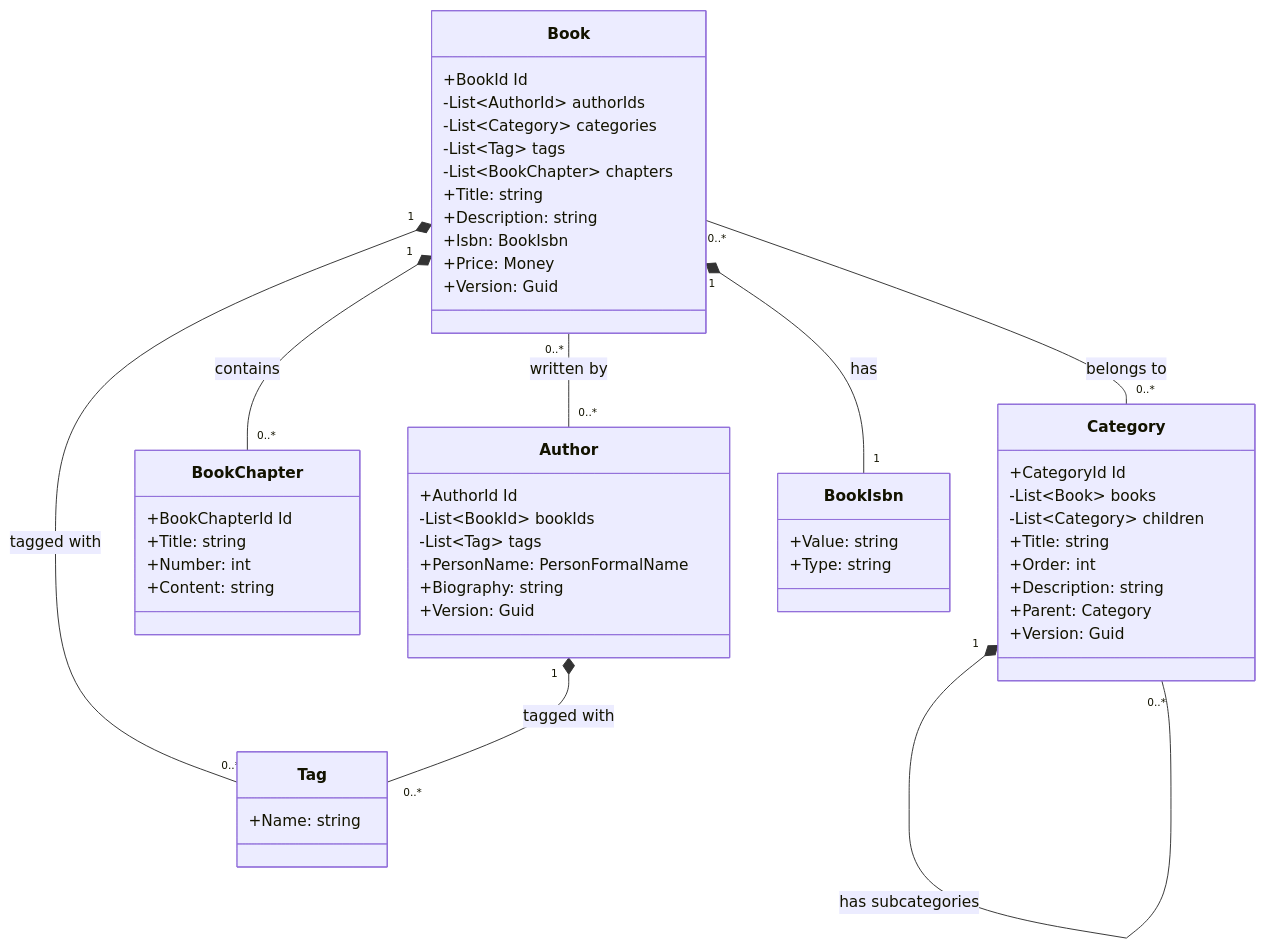
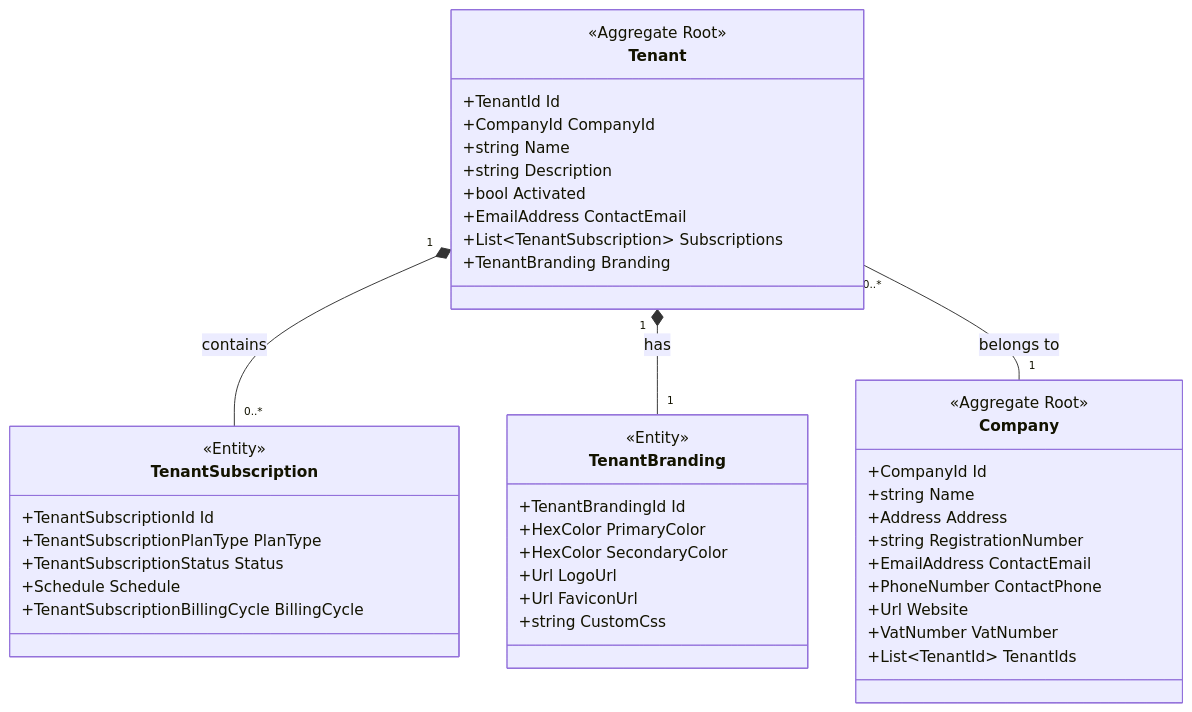
One commit to BridgingIT-GmbH/bITdevKit.Examples.BookFiesta changed the diagram in src/Modules/Organization/Organization-README.md. Above: the diagram before and after it, drawn with Mermaid. The commit also changed other lines of this file and 84 other files, not shown here.

````diff
--- a/src/Modules/Organization/Organization-README.md
+++ b/src/Modules/Organization/Organization-README.md
@@ -16,59 +11,50 @@
 ```mermaid
 classDiagram
-    class Book {
-        +BookId Id
-        -List~AuthorId~ authorIds
-        -List~Category~ categories
-        -List~Tag~ tags
-        -List~BookChapter~ chapters
-        +Title: string
-        +Description: string
-        +Isbn: BookIsbn
-        +Price: Money
-        +Version: Guid
+    class Tenant {
+        <<Aggregate Root>>
+        +TenantId Id
+        +CompanyId CompanyId
+        +string Name
+        +string Description
+        +bool Activated
+        +EmailAddress ContactEmail
+        +List~TenantSubscription~ Subscriptions
+        +TenantBranding Branding
     }
 
-    class Author {
-        +AuthorId Id
-        -List~BookId~ bookIds
-        -List~Tag~ tags
-        +PersonName: PersonFormalName
-        +Biography: string
-        +Version: Guid
+    class Company {
+        <<Aggregate Root>>
+        +CompanyId Id
+        +string Name
+        +Address Address
+        +string RegistrationNumber
+        +EmailAddress ContactEmail
+        +PhoneNumber ContactPhone
+        +Url Website
+        +VatNumber VatNumber
+        +List~TenantId~ TenantIds
     }
 
-    class BookChapter {
-        +BookChapterId Id
-        +Title: string
-        +Number: int
-        +Content: string
+    class TenantSubscription {
+        <<Entity>>
+        +TenantSubscriptionId Id
+        +TenantSubscriptionPlanType PlanType
+        +TenantSubscriptionStatus Status
+        +Schedule Schedule
+        +TenantSubscriptionBillingCycle BillingCycle
     }
 
-    class Category {
-        +CategoryId Id
-        -List~Book~ books
-        -List~Category~ children
-        +Title: string
-        +Order: int
-        +Description: string
-        +Parent: Category
-        +Version: Guid
+    class TenantBranding {
+        <<Entity>>
+        +TenantBrandingId Id
+        +HexColor PrimaryColor
+        +HexColor SecondaryColor
+        +Url LogoUrl
+        +Url FaviconUrl
+        +string CustomCss
     }
 
-    class BookIsbn {
-        +Value: string
-        +Type: string
-    }
-
-    class Tag {
-        +Name: string
-    }
-
-    Book "1" *-- "0..*" BookChapter : contains
-    Book "1" *-- "1" BookIsbn : has
-    Book "0..*" -- "0..*" Category : belongs to
-    Book "1" *-- "0..*" Tag : tagged with
-    Author "1" *-- "0..*" Tag : tagged with
-    Category "1" *-- "0..*" Category : has subcategories
-    Book "0..*" -- "0..*" Author : written by
+    Tenant "1" *-- "0..*" TenantSubscription : contains
+    Tenant "1" *-- "1" TenantBranding : has
+    Tenant "0..*" -- "1" Company : belongs to
 ```
````
